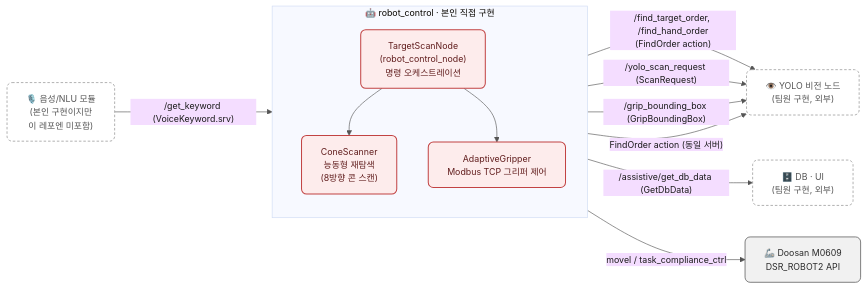
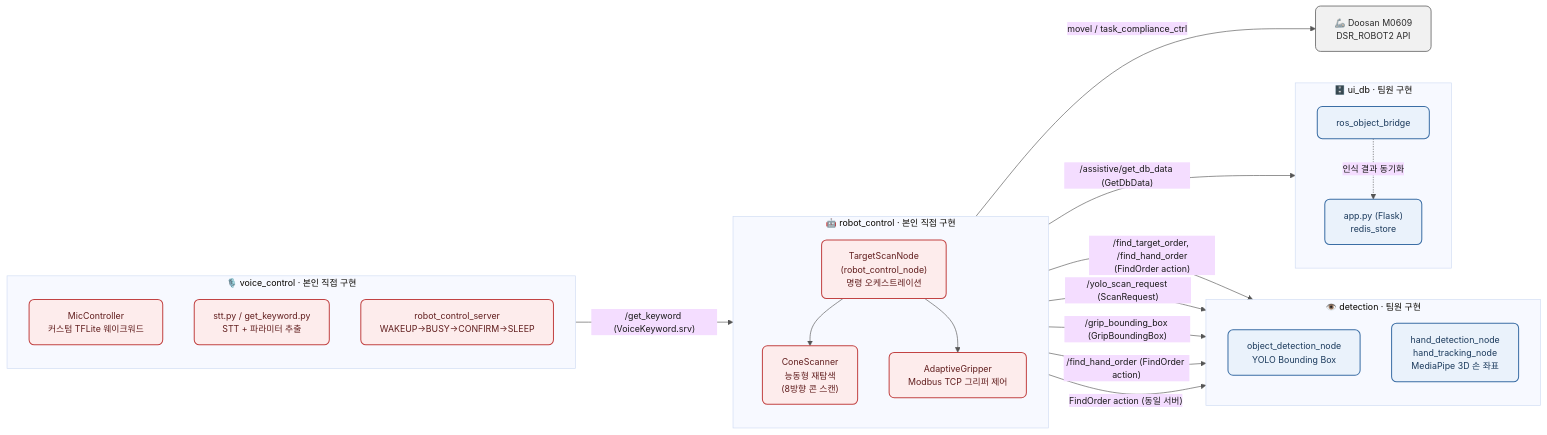
The first of 3 diagrams in README.md (jhada0423-ai/heydoopal), drawn with Mermaid before and after one commit. The commit also changed other lines of this file and 63 other files, not shown here.

First line of the commit message:
Reorganize into src/, incorporate teammate detection/voice/db-ui code

````diff
--- a/README.md
+++ b/README.md
@@ -18,30 +18,47 @@
 ```mermaid
 %%{init: {'theme': 'base', 'themeVariables': {'fontFamily': 'Apple SD Gothic Neo, Malgun Gothic, sans-serif', 'fontSize': '14px', 'primaryTextColor': '#1a1a1a', 'lineColor': '#555555'}, 'flowchart': {'curve': 'basis', 'htmlLabels': true}}}%%
 flowchart LR
     classDef own fill:#FDECEC,stroke:#C24343,stroke-width:1.6px,color:#611E1E,rx:8,ry:8;
-    classDef ext fill:#ffffff,stroke:#999999,stroke-width:1.2px,color:#555555,stroke-dasharray: 4 3,rx:8,ry:8;
+    classDef team fill:#EAF2FB,stroke:#3B6EA5,stroke-width:1.6px,color:#1B3A5C,rx:8,ry:8;
     classDef infra fill:#F1F1F1,stroke:#5A5A5A,stroke-width:1.2px,color:#2B2B2B,rx:8,ry:8;
 
-    VOICE["🎙️ 음성/NLU 모듈<br/>(본인 구현이지만<br/>이 레포엔 미포함)"]:::ext
-    YOLO["👁️ YOLO 비전 노드<br/>(팀원 구현, 외부)"]:::ext
-    DBUI["🗄️ DB · UI<br/>(팀원 구현, 외부)"]:::ext
+    subgraph VOICE[" 🎙️  voice_control · 본인 직접 구현 "]
+        direction TB
+        MIC["MicController<br/>커스텀 TFLite 웨이크워드"]:::own
+        STT["stt.py / get_keyword.py<br/>STT + 파라미터 추출"]:::own
+        VSRV["robot_control_server<br/>WAKEUP→BUSY→CONFIRM→SLEEP"]:::own
+    end
+
+    subgraph DET[" 👁️  detection · 팀원 구현 "]
+        direction TB
+        OD["object_detection_node<br/>YOLO Bounding Box"]:::team
+        HD["hand_detection_node<br/>hand_tracking_node<br/>MediaPipe 3D 손 좌표"]:::team
+    end
+
+    subgraph DBUI[" 🗄️  ui_db · 팀원 구현 "]
+        direction TB
+        FLASK["app.py (Flask)<br/>redis_store"]:::team
+        BRIDGE["ros_object_bridge"]:::team
+    end
 
     subgraph CORE[" 🤖  robot_control · 본인 직접 구현 "]
         direction TB
         TSN["TargetScanNode<br/>(robot_control_node)<br/>명령 오케스트레이션"]:::own
         CONE["ConeScanner<br/>능동형 재탐색<br/>(8방향 콘 스캔)"]:::own
         GRIP["AdaptiveGripper<br/>Modbus TCP 그리퍼 제어"]:::own
     end
 
     ARM["🦾 Doosan M0609<br/>DSR_ROBOT2 API"]:::infra
 
-    VOICE -->|"/get_keyword (VoiceKeyword.srv)"| TSN
-    TSN -->|"/find_target_order, /find_hand_order<br/>(FindOrder action)"| YOLO
-    TSN -->|"/yolo_scan_request (ScanRequest)"| YOLO
-    TSN -->|"/grip_bounding_box (GripBoundingBox)"| YOLO
-    TSN -->|"/assistive/get_db_data (GetDbData)"| DBUI
+    VSRV -->|"/get_keyword (VoiceKeyword.srv)"| TSN
+    TSN -->|"/find_target_order, /find_hand_order<br/>(FindOrder action)"| OD
+    TSN -->|"/yolo_scan_request (ScanRequest)"| OD
+    TSN -->|"/grip_bounding_box (GripBoundingBox)"| OD
+    TSN -->|"/find_hand_order (FindOrder action)"| HD
+    TSN -->|"/assistive/get_db_data (GetDbData)"| FLASK
+    BRIDGE -.->|"인식 결과 동기화"| FLASK
     TSN --> CONE
-    CONE -->|"FindOrder action (동일 서버)"| YOLO
+    CONE -->|"FindOrder action (동일 서버)"| OD
     TSN --> GRIP
     TSN -->|"movel / task_compliance_ctrl"| ARM
 ```
````
